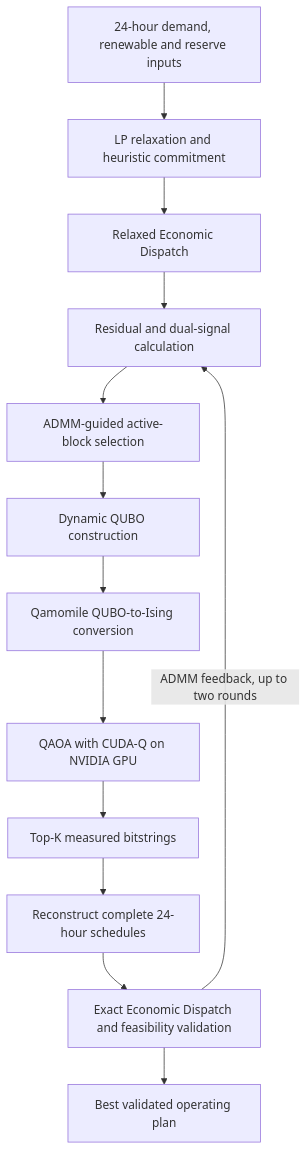
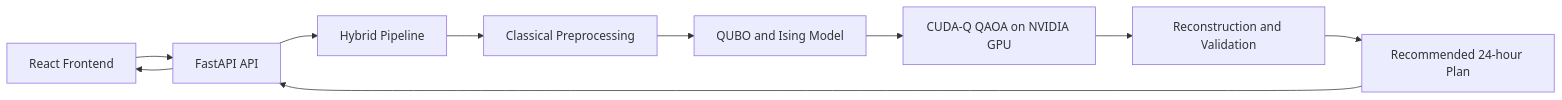
The diagram in README.md (nn-tin/Quantathon-demo-2), drawn with Mermaid before and after one commit. The commit also changed other lines of this file and 3 other files, not shown here.

````diff
--- a/README.md
+++ b/README.md
@@ -41,18 +70,21 @@
 ```mermaid
-flowchart TD
-    A[24-hour demand, renewable and reserve inputs]
-    B[LP relaxation and heuristic commitment]
-    C[Relaxed Economic Dispatch]
-    D[Residual and dual-signal calculation]
-    E[ADMM-guided active-block selection]
-    F[Dynamic QUBO construction]
-    G[Qamomile QUBO-to-Ising conversion]
-    H[QAOA with CUDA-Q on NVIDIA GPU]
-    I[Top-K measured bitstrings]
-    J[Reconstruct complete 24-hour schedules]
-    K[Exact Economic Dispatch and feasibility validation]
-    L[Best validated operating plan]
+flowchart LR
+    U[React Frontend]
+    A[FastAPI API]
+    P[Hybrid Pipeline]
+    C[Classical Preprocessing]
+    Q[QUBO and Ising Model]
+    G[CUDA-Q QAOA on NVIDIA GPU]
+    V[Reconstruction and Validation]
+    R[Recommended 24-hour Plan]
 
-    A --> B --> C --> D --> E --> F --> G --> H --> I --> J --> K --> L
-    K -->|ADMM feedback, up to two rounds| D
+    U --> A
+    A --> P
+    P --> C
+    C --> Q
+    Q --> G
+    G --> V
+    V --> R
+    R --> A
+    A --> U
 ```
````
